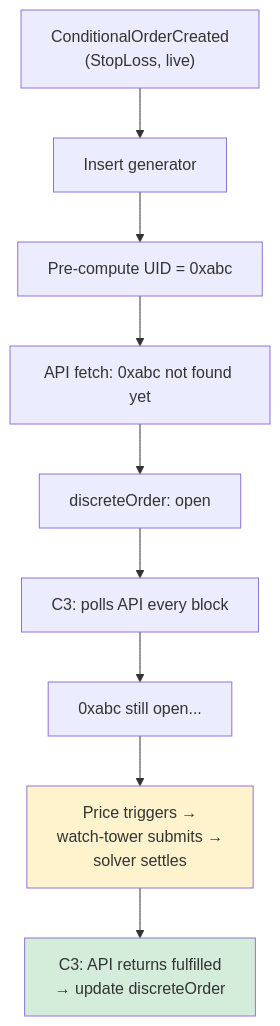
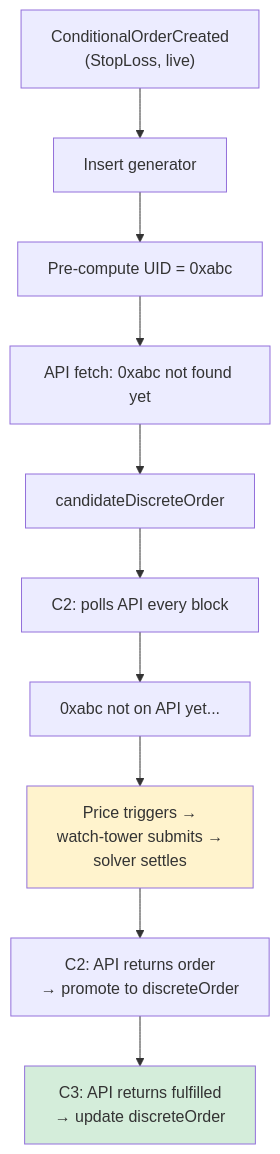
The fifth of 7 diagrams in agent_docs/m3-orderbook-integration-flow.md (bleu/cow-programmatic-orders-api), drawn with Mermaid before and after one commit. The commit also changed other lines of this file and 4 other files, not shown here.

````diff
--- a/agent_docs/m3-orderbook-integration-flow.md
+++ b/agent_docs/m3-orderbook-integration-flow.md
@@ -543,15 +555,16 @@
 ```mermaid
 flowchart TD
     E["ConditionalOrderCreated<br/>(StopLoss, live)"] --> G["Insert generator"]
     G --> Pre["Pre-compute UID = 0xabc"]
     Pre --> API["API fetch: 0xabc not found yet"]
-    API --> Open["discreteOrder: open"]
+    API --> Cand["candidateDiscreteOrder"]
 
-    Open --> C3["C3: polls API every block"]
-    C3 --> Wait["0xabc still open..."]
+    Cand --> C2["C2: polls API every block"]
+    C2 --> Wait["0xabc not on API yet..."]
     Wait --> Trigger["Price triggers →<br/>watch-tower submits →<br/>solver settles"]
-    Trigger --> Fulfilled["C3: API returns fulfilled<br/>→ update discreteOrder"]
+    Trigger --> Promoted["C2: API returns order<br/>→ promote to discreteOrder"]
+    Promoted --> Fulfilled["C3: API returns fulfilled<br/>→ update discreteOrder"]
 
     style Trigger fill:#fff3cd
     style Fulfilled fill:#d4edda
 ```
````
